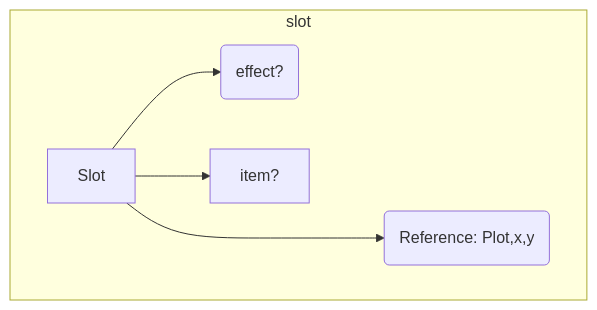
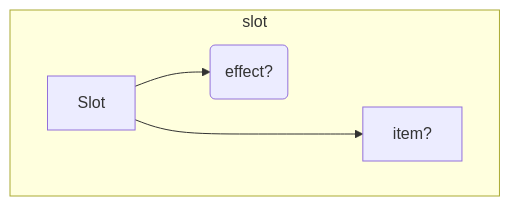
Before and after one commit to UntitledModGame/umg-mods: the third of 4 diagrams in lootplot/ARCHITECTURE.md, drawn with Mermaid. The commit also changed 5 other files, not shown here.

````diff
--- a/lootplot/ARCHITECTURE.md
+++ b/lootplot/ARCHITECTURE.md
@@ -52,9 +52,8 @@
 ```mermaid
 
 graph TD
     subgraph slot
         Slot --> a(effect?)
-        Slot --> b[item?]
-        Slot ---> c(Reference: Plot,x,y)
+        Slot ---> b[item?]
     end
 ```
````
